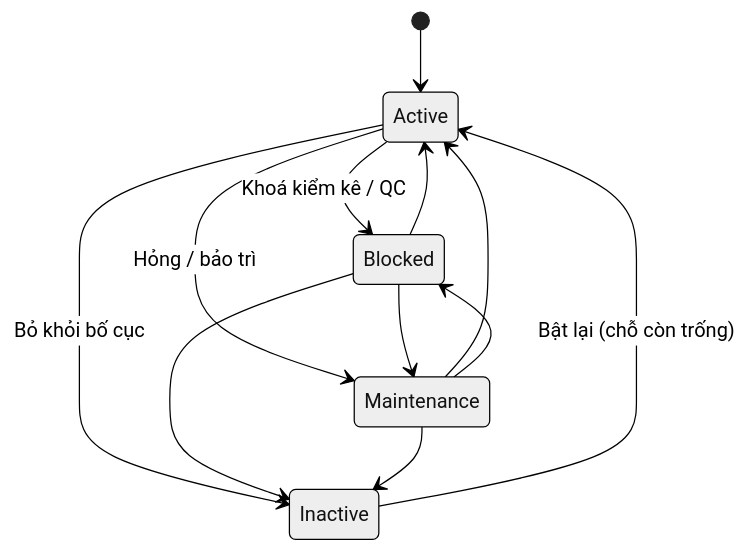
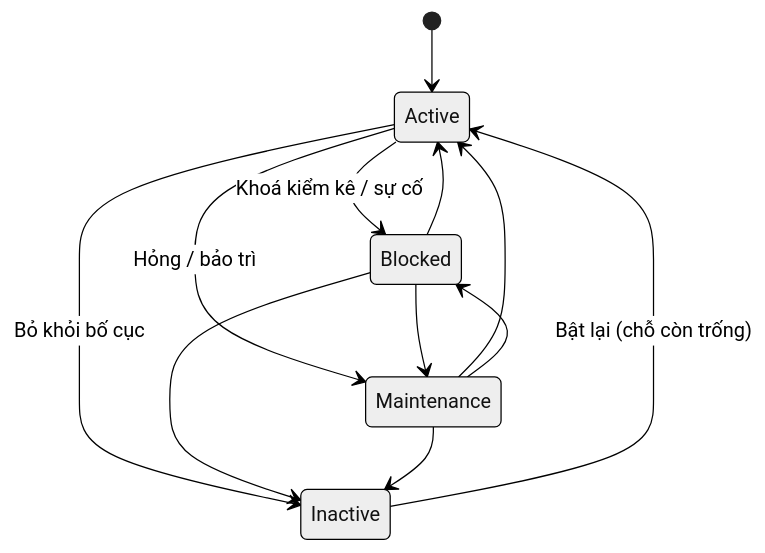
Before and after one commit to KLTN-FA26/docs: the diagram in docs/warehouse/06-warehouse-map-slotting/README.md, drawn with Mermaid (neutral theme). The commit also changed other lines of this file and 26 other files, not shown here.

````diff
--- a/docs/warehouse/06-warehouse-map-slotting/README.md
+++ b/docs/warehouse/06-warehouse-map-slotting/README.md
@@ -159,14 +163,14 @@
 ```mermaid
 stateDiagram-v2
     [*] --> Active
-    Active --> Blocked: Khoá kiểm kê / QC
+    Active --> Blocked: Khoá kiểm kê / sự cố
     Active --> Maintenance: Hỏng / bảo trì
     Blocked --> Active
     Maintenance --> Active
     Blocked --> Maintenance
     Maintenance --> Blocked
     Active --> Inactive: Bỏ khỏi bố cục
     Blocked --> Inactive
     Maintenance --> Inactive
     Inactive --> Active: Bật lại (chỗ còn trống)
 ```
````
